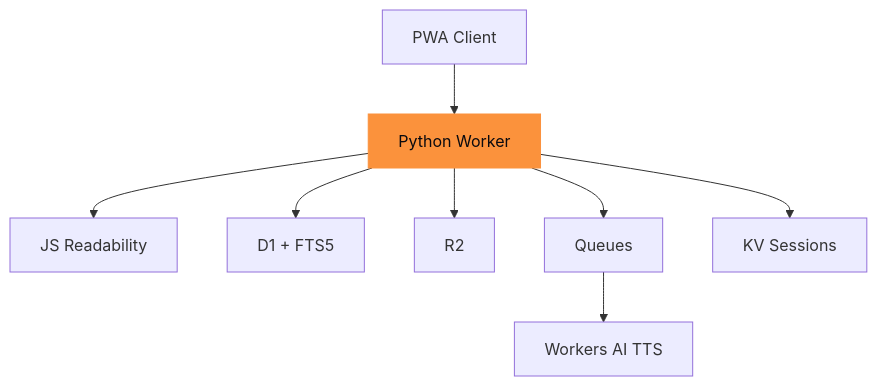
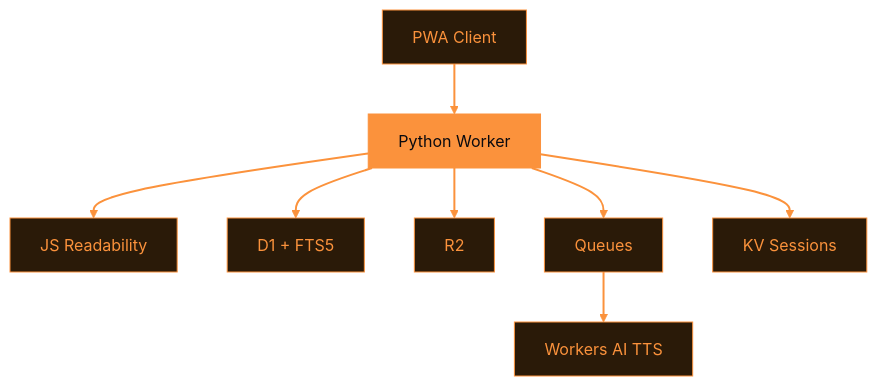
Before and after one commit to adewale/slide-maker: the diagram in decks/tasche/slides.md, drawn with Mermaid. The commit also changed other lines of this file and 21 other files, not shown here.

````diff
--- a/decks/tasche/slides.md
+++ b/decks/tasche/slides.md
@@ -260,10 +270,12 @@
 ```mermaid {theme: 'dark', scale: 0.8}
 graph TD
   PWA["PWA Client"] --> API["Python Worker"]
   API --> JS["JS Readability"] & D1["D1 + FTS5"] & R2["R2"]
   API --> Q["Queues"] & KV["KV Sessions"]
   Q --> AI["Workers AI TTS"]
   classDef hub fill:#fb923c,stroke:#fb923c,color:#0a0a0f
   classDef svc fill:#2a1a08,stroke:#fb923c,color:#fb923c
   class API hub
+  class PWA,JS,D1,R2,Q,KV,AI svc
+  linkStyle default stroke:#fb923c,stroke-width:2px
 ```
````
